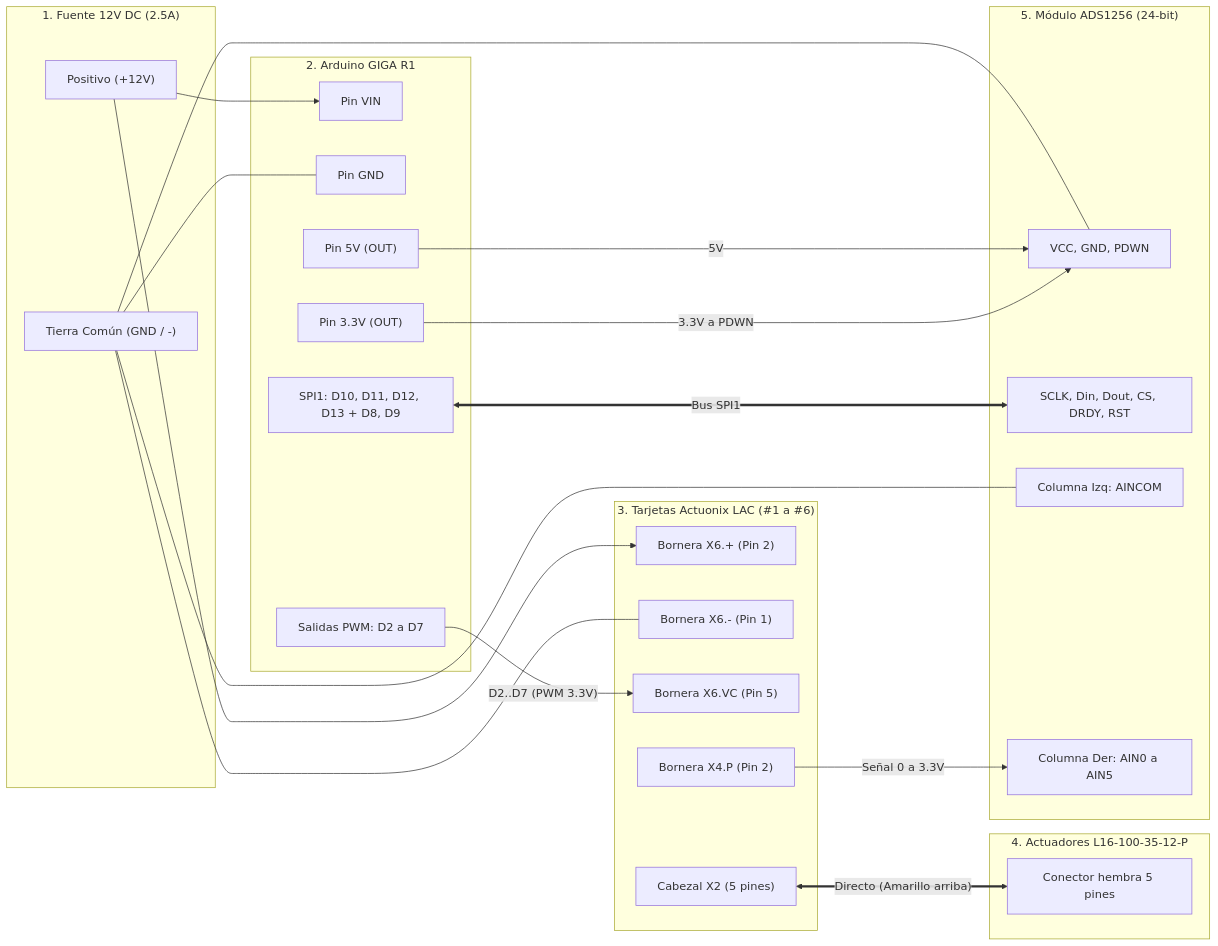
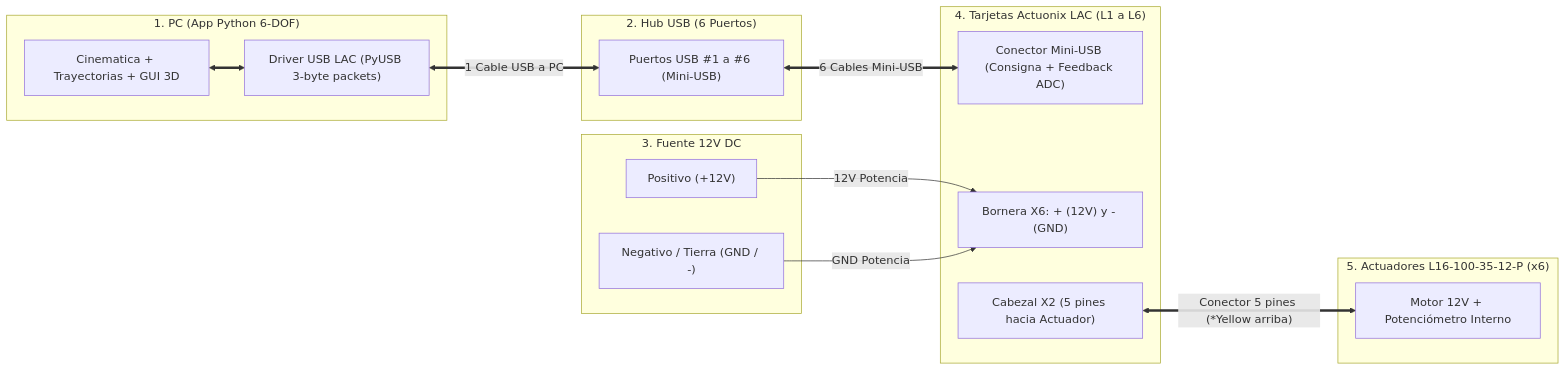
Before and after one commit to PyMonkey81/gsp: the diagram in MANUAL_CONEXION_FISICA.md, drawn with Mermaid. The commit also changed other lines of this file and 8 other files, not shown here.

Commit message:
feat(usb-lac): direct 6-port USB Hub control and configuration for Actuonix LAC boards

````diff
--- a/MANUAL_CONEXION_FISICA.md
+++ b/MANUAL_CONEXION_FISICA.md
@@ -18,49 +22,33 @@
 ```mermaid
 flowchart LR
-    subgraph PSU["1. Fuente 12V DC (2.5A)"]
-        V12["Positivo (+12V)"]
-        GND_BUS["Tierra Común (GND / -)"]
+    subgraph PC["1. PC (App Python 6-DOF)"]
+        APP["Cinematica + Trayectorias + GUI 3D"]
+        DRV["Driver USB LAC (PyUSB 3-byte packets)"]
+        APP <==> DRV
     end
 
-    subgraph GIGA["2. Arduino GIGA R1"]
-        VIN["Pin VIN"]
-        GGND["Pin GND"]
-        P5V["Pin 5V (OUT)"]
-        P3V3["Pin 3.3V (OUT)"]
-        PWM["Salidas PWM: D2 a D7"]
-        SPI1_PINS["SPI1: D10, D11, D12, D13 + D8, D9"]
+    subgraph HUB["2. Hub USB (6 Puertos)"]
+        USB_PORTS["Puertos USB #1 a #6 (Mini-USB)"]
     end
 
-    subgraph LAC["3. Tarjetas Actuonix LAC (#1 a #6)"]
-        X6_POS["Bornera X6.+ (Pin 2)"]
-        X6_NEG["Bornera X6.- (Pin 1)"]
-        X6_VC["Bornera X6.VC (Pin 5)"]
-        X2_CON["Cabezal X2 (5 pines)"]
-        X4_P["Bornera X4.P (Pin 2)"]
+    subgraph PSU["3. Fuente 12V DC"]
+        V12["Positivo (+12V)"]
+        GND_BUS["Negativo / Tierra (GND / -)"]
     end
 
-    subgraph ACT["4. Actuadores L16-100-35-12-P"]
-        CABLE["Conector hembra 5 pines"]
+    subgraph LACS["4. Tarjetas Actuonix LAC (L1 a L6)"]
+        USB_CON["Conector Mini-USB (Consigna + Feedback ADC)"]
+        X6_PWR["Bornera X6: + (12V) y - (GND)"]
+        X2_ACT["Cabezal X2 (5 pines hacia Actuador)"]
     end
 
-    subgraph ADS["5. Módulo ADS1256 (24-bit)"]
-        ADS_PWR["VCC, GND, PDWN"]
-        ADS_SPI["SCLK, Din, Dout, CS, DRDY, RST"]
-        AIN_COM["Columna Izq: AINCOM"]
-        AIN_CH["Columna Der: AIN0 a AIN5"]
+    subgraph ACTS["5. Actuadores L16-100-35-12-P (x6)"]
+        MOT_POT["Motor 12V + Potenciómetro Interno"]
     end
 
-    V12 --> VIN
-    V12 --> X6_POS
-    GND_BUS --- GGND
-    GND_BUS --- X6_NEG
-    GND_BUS --- ADS_PWR
-    GND_BUS --- AIN_COM
-
-    P5V -->|"5V"| ADS_PWR
-    P3V3 -->|"3.3V a PDWN"| ADS_PWR
-    PWM -->|"D2..D7 (PWM 3.3V)"| X6_VC
-    X2_CON <==>|"Directo (Amarillo arriba)"| CABLE
-    X4_P -->|"Señal 0 a 3.3V"| AIN_CH
-    SPI1_PINS <==>|"Bus SPI1"| ADS_SPI
+    DRV <==>|"1 Cable USB a PC"| USB_PORTS
+    USB_PORTS <==>|"6 Cables Mini-USB"| USB_CON
+    V12 -->|"12V Potencia"| X6_PWR
+    GND_BUS -->|"GND Potencia"| X6_PWR
+    X2_ACT <==>|"Conector 5 pines (*Yellow arriba)"| MOT_POT
 ```
````
